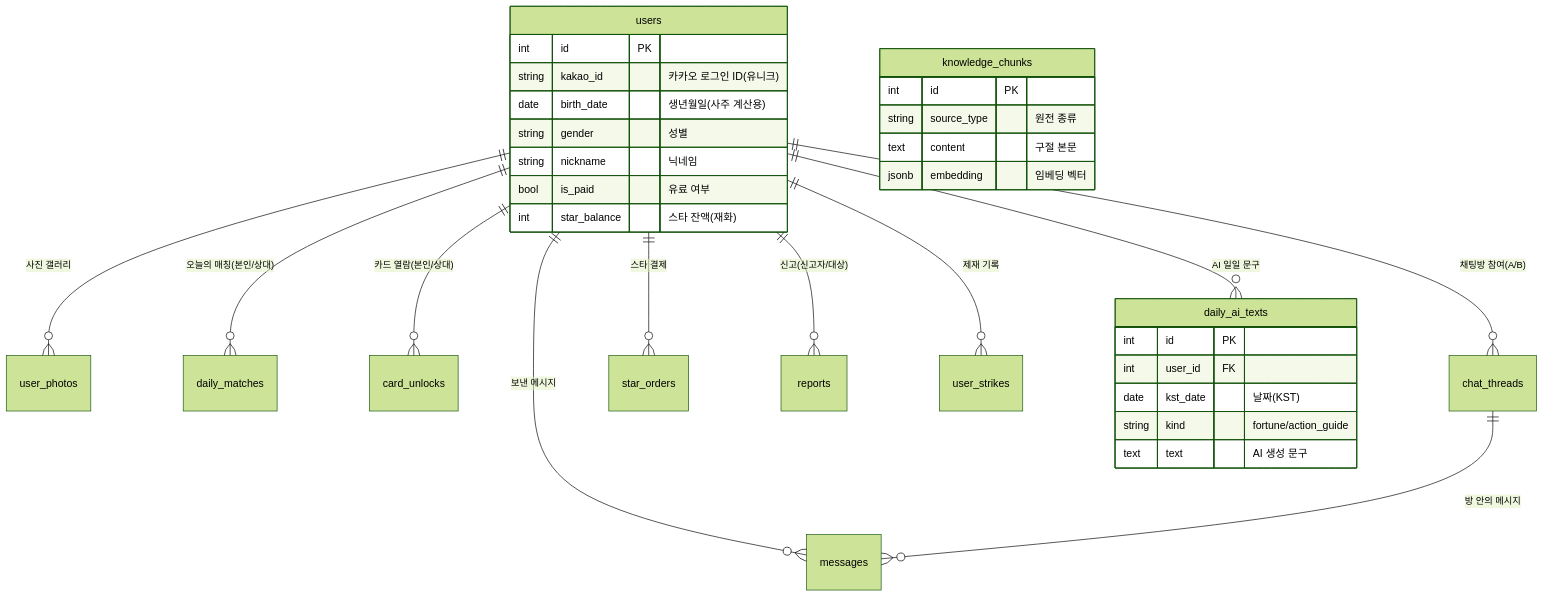
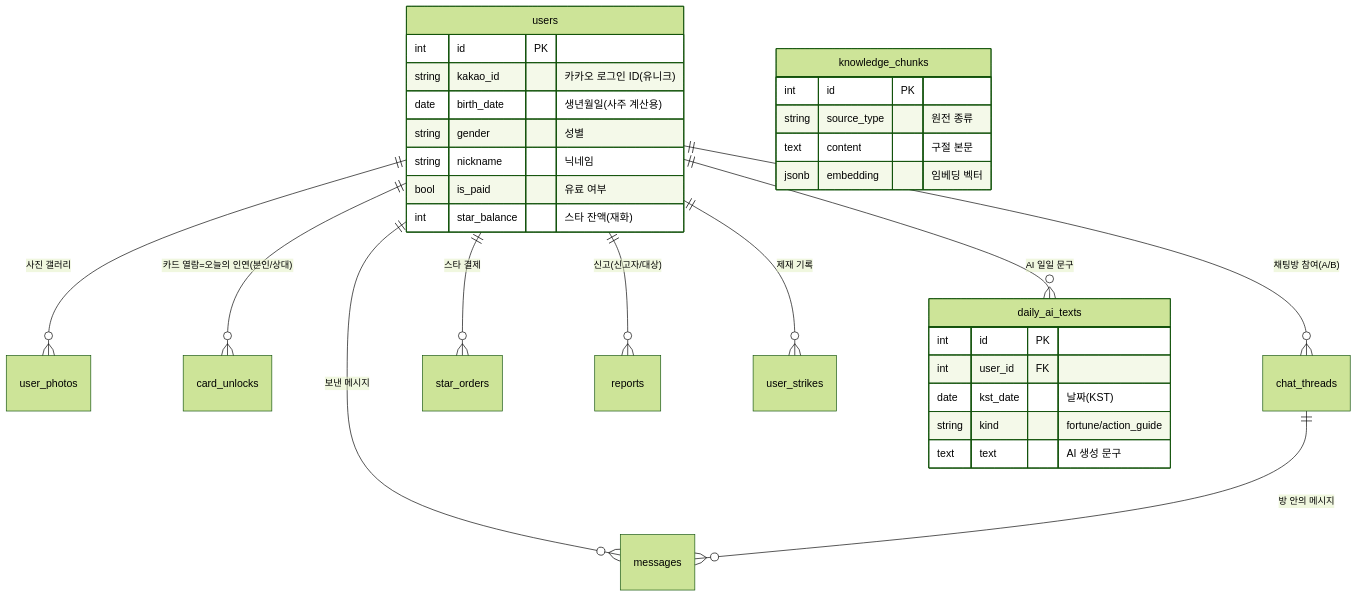
Before and after one commit to dowon-gyeolui/backend: the diagram in DB_SCHEMA.md, drawn with Mermaid (forest theme). The commit also changed other lines of this file and 1 other file, not shown here.

````diff
--- a/DB_SCHEMA.md
+++ b/DB_SCHEMA.md
@@ -22,36 +22,35 @@
 ```mermaid
 erDiagram
     users ||--o{ user_photos   : "사진 갤러리"
-    users ||--o{ daily_matches : "오늘의 매칭(본인/상대)"
-    users ||--o{ card_unlocks  : "카드 열람(본인/상대)"
+    users ||--o{ card_unlocks  : "카드 열람=오늘의 인연(본인/상대)"
     users ||--o{ chat_threads  : "채팅방 참여(A/B)"
     users ||--o{ messages      : "보낸 메시지"
     users ||--o{ star_orders   : "스타 결제"
     users ||--o{ reports       : "신고(신고자/대상)"
     users ||--o{ user_strikes  : "제재 기록"
     users ||--o{ daily_ai_texts: "AI 일일 문구"
     chat_threads ||--o{ messages : "방 안의 메시지"
 
     users {
         int id PK
         string kakao_id "카카오 로그인 ID(유니크)"
         date birth_date "생년월일(사주 계산용)"
         string gender "성별"
         string nickname "닉네임"
         bool is_paid "유료 여부"
         int star_balance "스타 잔액(재화)"
     }
     knowledge_chunks {
         int id PK
         string source_type "원전 종류"
         text content "구절 본문"
         jsonb embedding "임베딩 벡터"
     }
     daily_ai_texts {
         int id PK
         int user_id FK
         date kst_date "날짜(KST)"
         string kind "fortune/action_guide"
         text text "AI 생성 문구"
     }
 ```
````
